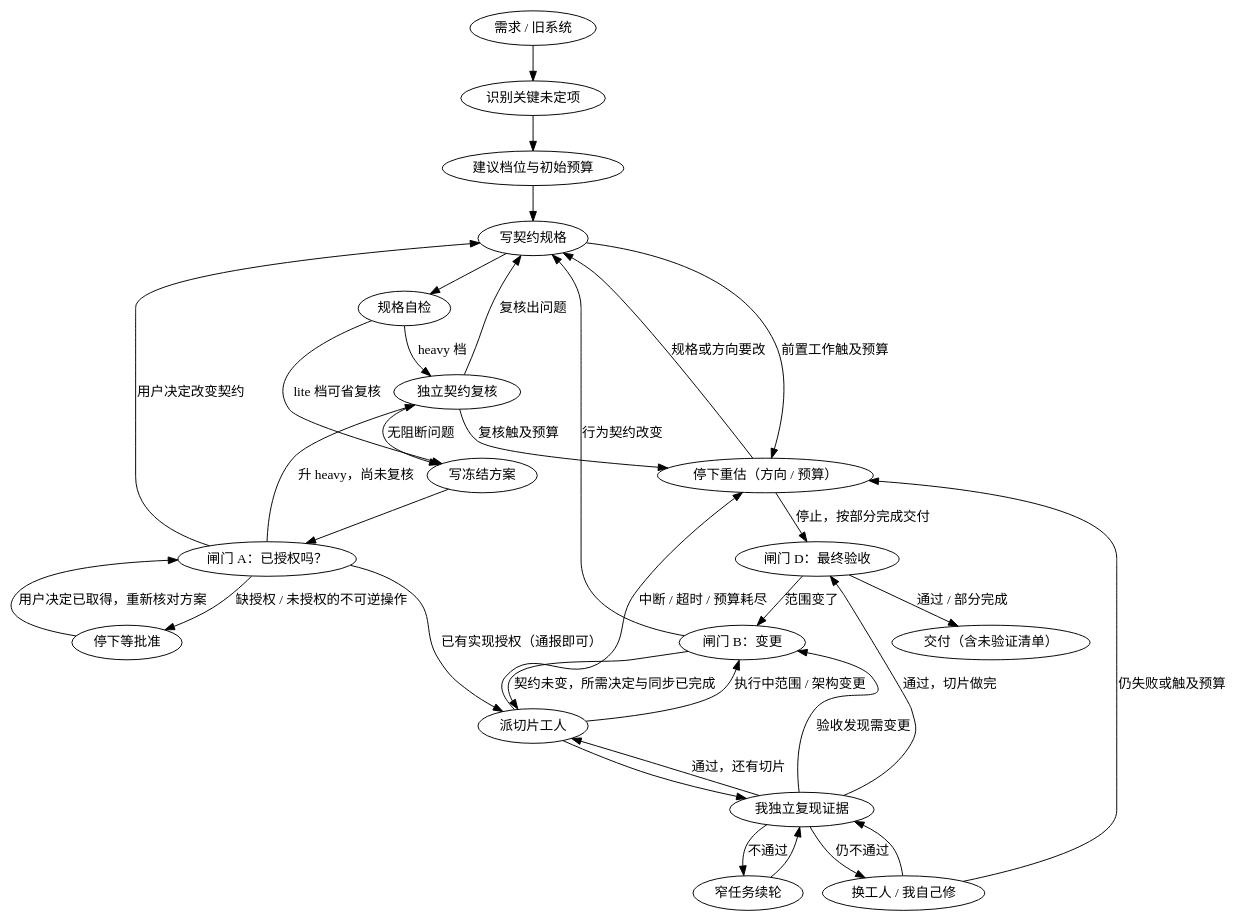
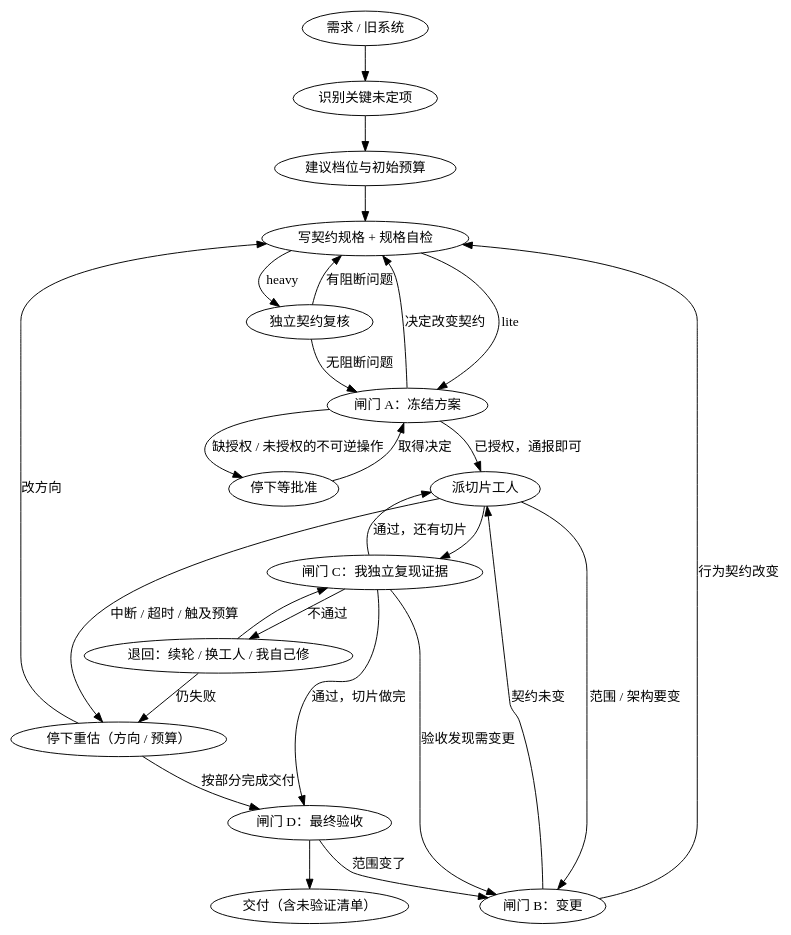
One commit to Leexunhuan743/orchestrated-build changed the diagram in SKILL.md. Above: the diagram before and after it, drawn with Graphviz. The commit also changed other lines of this file and 14 other files, not shown here.

````diff
--- a/SKILL.md
+++ b/SKILL.md
@@ -28,37 +28,30 @@
 ```dot
 digraph loop {
   "需求 / 旧系统" -> "识别关键未定项";
   "识别关键未定项" -> "建议档位与初始预算";
-  "建议档位与初始预算" -> "写契约规格";
-  "写契约规格" -> "规格自检";
-  "规格自检" -> "独立契约复核" [label="heavy 档"];
-  "规格自检" -> "写冻结方案" [label="lite 档可省复核"];
-  "独立契约复核" -> "写冻结方案" [label="无阻断问题"];
-  "独立契约复核" -> "写契约规格" [label="复核出问题"];
-  "写冻结方案" -> "闸门 A：已授权吗？";
-  "闸门 A：已授权吗？" -> "写契约规格" [label="用户决定改变契约"];
-  "闸门 A：已授权吗？" -> "独立契约复核" [label="升 heavy，尚未复核"];
-  "闸门 A：已授权吗？" -> "停下等批准" [label="缺授权 / 未授权的不可逆操作"];
-  "停下等批准" -> "闸门 A：已授权吗？" [label="用户决定已取得，重新核对方案"];
-  "闸门 A：已授权吗？" -> "派切片工人" [label="已有实现授权（通报即可）"];
-  "派切片工人" -> "我独立复现证据";
-  "派切片工人" -> "闸门 B：变更" [label="执行中范围 / 架构变更"];
-  "我独立复现证据" -> "窄任务续轮" [label="不通过"];
-  "窄任务续轮" -> "我独立复现证据";
-  "我独立复现证据" -> "换工人 / 我自己修" [label="仍不通过"];
-  "换工人 / 我自己修" -> "我独立复现证据";
-  "换工人 / 我自己修" -> "停下重估（方向 / 预算）" [label="仍失败或触及预算"];
-  "写契约规格" -> "停下重估（方向 / 预算）" [label="前置工作触及预算"];
-  "独立契约复核" -> "停下重估（方向 / 预算）" [label="复核触及预算"];
-  "派切片工人" -> "停下重估（方向 / 预算）" [label="中断 / 超时 / 预算耗尽"];
-  "停下重估（方向 / 预算）" -> "写契约规格" [label="规格或方向要改"];
-  "停下重估（方向 / 预算）" -> "闸门 D：最终验收" [label="停止，按部分完成交付"];
-  "我独立复现证据" -> "派切片工人" [label="通过，还有切片"];
-  "我独立复现证据" -> "闸门 D：最终验收" [label="通过，切片做完"];
-  "我独立复现证据" -> "闸门 B：变更" [label="验收发现需变更"];
+  "建议档位与初始预算" -> "写契约规格 + 规格自检";
+  "写契约规格 + 规格自检" -> "独立契约复核" [label="heavy"];
+  "写契约规格 + 规格自检" -> "闸门 A：冻结方案" [label="lite"];
+  "独立契约复核" -> "写契约规格 + 规格自检" [label="有阻断问题"];
+  "独立契约复核" -> "闸门 A：冻结方案" [label="无阻断问题"];
+  "闸门 A：冻结方案" -> "停下等批准" [label="缺授权 / 未授权的不可逆操作"];
+  "停下等批准" -> "闸门 A：冻结方案" [label="取得决定"];
+  "闸门 A：冻结方案" -> "写契约规格 + 规格自检" [label="决定改变契约"];
+  "闸门 A：冻结方案" -> "派切片工人" [label="已授权，通报即可"];
+  "派切片工人" -> "闸门 C：我独立复现证据";
+  "闸门 C：我独立复现证据" -> "派切片工人" [label="通过，还有切片"];
+  "闸门 C：我独立复现证据" -> "退回：续轮 / 换工人 / 我自己修" [label="不通过"];
+  "退回：续轮 / 换工人 / 我自己修" -> "闸门 C：我独立复现证据";
+  "退回：续轮 / 换工人 / 我自己修" -> "停下重估（方向 / 预算）" [label="仍失败"];
+  "派切片工人" -> "停下重估（方向 / 预算）" [label="中断 / 超时 / 触及预算"];
+  "派切片工人" -> "闸门 B：变更" [label="范围 / 架构要变"];
+  "闸门 C：我独立复现证据" -> "闸门 B：变更" [label="验收发现需变更"];
+  "闸门 B：变更" -> "写契约规格 + 规格自检" [label="行为契约改变"];
+  "闸门 B：变更" -> "派切片工人" [label="契约未变"];
+  "停下重估（方向 / 预算）" -> "写契约规格 + 规格自检" [label="改方向"];
+  "停下重估（方向 / 预算）" -> "闸门 D：最终验收" [label="按部分完成交付"];
+  "闸门 C：我独立复现证据" -> "闸门 D：最终验收" [label="通过，切片做完"];
   "闸门 D：最终验收" -> "闸门 B：变更" [label="范围变了"];
-  "闸门 B：变更" -> "写契约规格" [label="行为契约改变"];
-  "闸门 B：变更" -> "派切片工人" [label="契约未变，所需决定与同步已完成"];
-  "闸门 D：最终验收" -> "交付（含未验证清单）" [label="通过 / 部分完成"];
+  "闸门 D：最终验收" -> "交付（含未验证清单）";
 }
 ```
````
